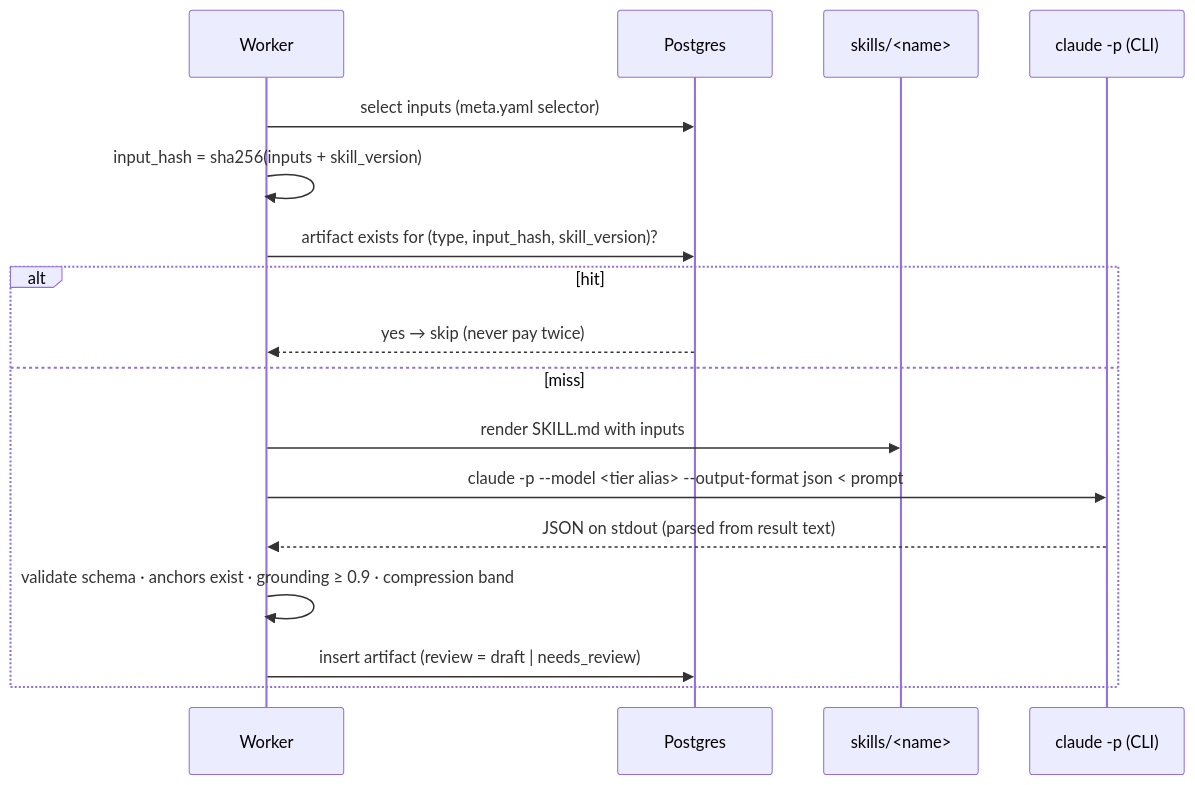
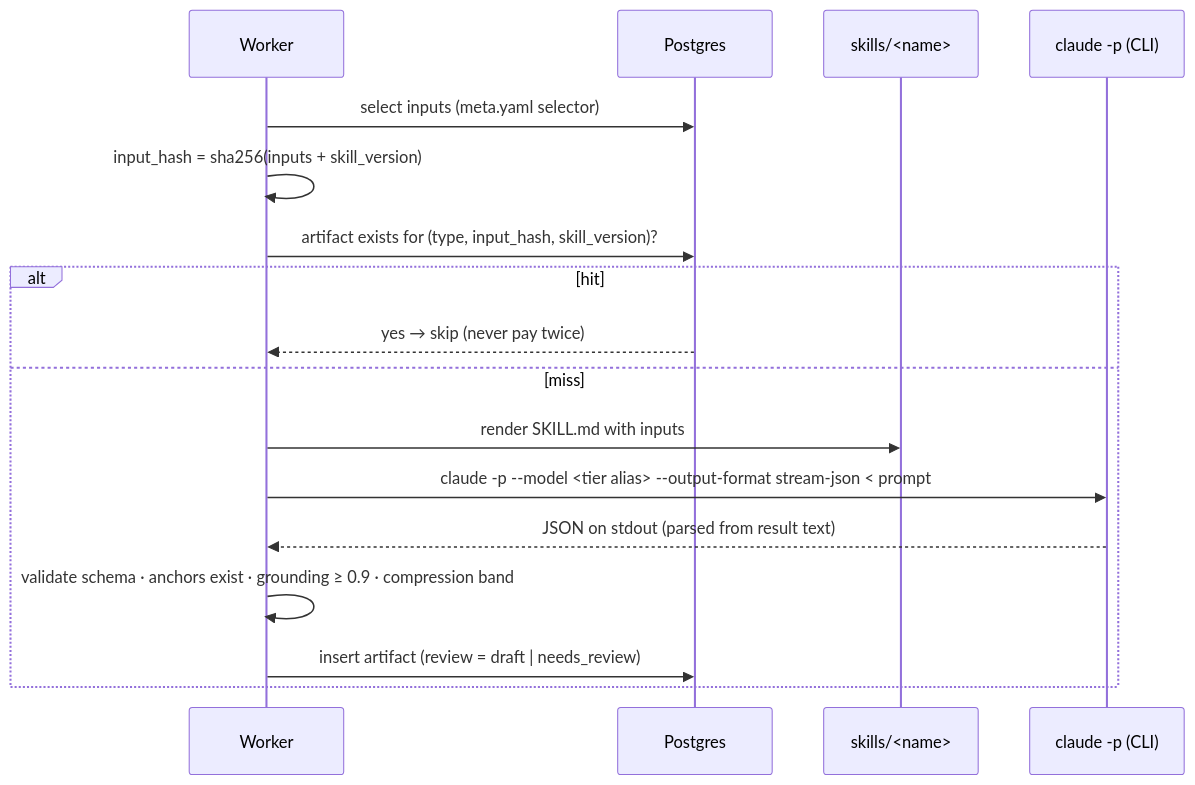
The fifth of 15 diagrams in docs/ARCHITECTURE.md (agharsallah/bookshelf), drawn with Mermaid before and after one commit. The commit also changed other lines of this file and 17 other files, not shown here.

First line of the commit message:
feat(runs): a live run log per job, with each prompt, the streamed output and the reply

````diff
--- a/docs/ARCHITECTURE.md
+++ b/docs/ARCHITECTURE.md
@@ -461,20 +461,20 @@
 ```mermaid
 sequenceDiagram
   participant W as Worker
   participant DB as Postgres
   participant S as skills/<name>
   participant C as claude -p (CLI)
 
   W->>DB: select inputs (meta.yaml selector)
   W->>W: input_hash = sha256(inputs + skill_version)
   W->>DB: artifact exists for (type, input_hash, skill_version)?
   alt hit
     DB-->>W: yes → skip (never pay twice)
   else miss
     W->>S: render SKILL.md with inputs
-    W->>C: claude -p --model <tier alias> --output-format json < prompt
+    W->>C: claude -p --model <tier alias> --output-format stream-json < prompt
     C-->>W: JSON on stdout (parsed from result text)
     W->>W: validate schema · anchors exist · grounding ≥ 0.9 · compression band
     W->>DB: insert artifact (review = draft | needs_review)
   end
 ```
````
